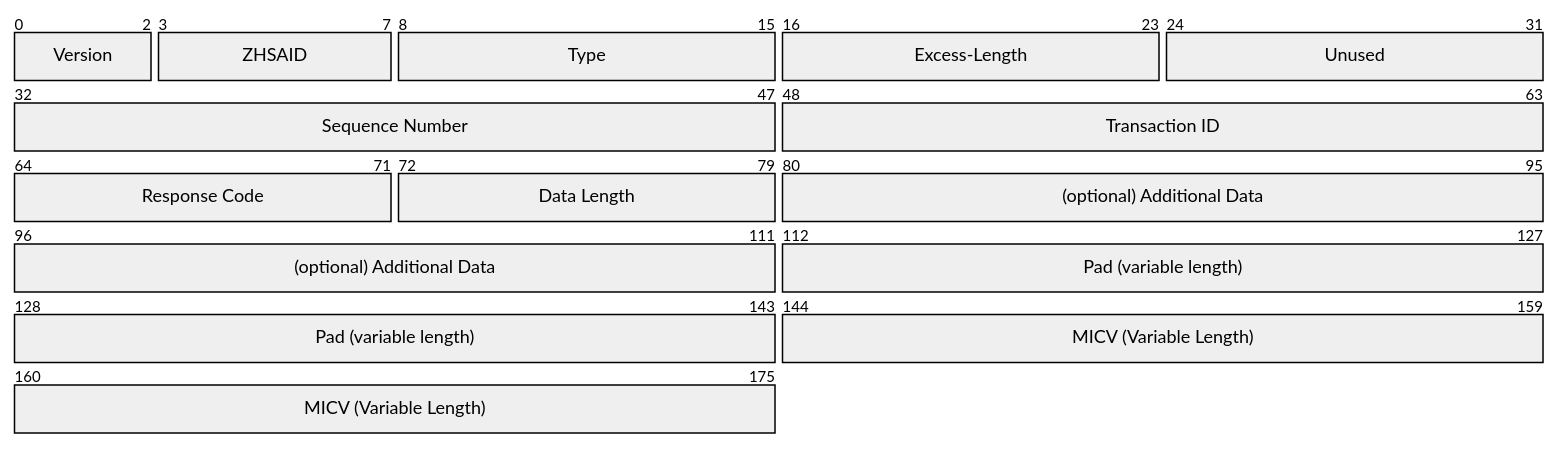
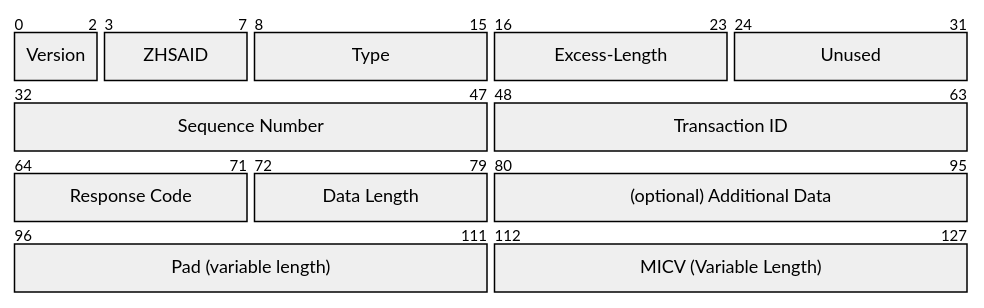
Diagram 14 of 44 in src/17-ZPR-Data-Protocol/body.md (org-zpr/zpr-rfcs), drawn with Mermaid before and after one commit. The commit also changed other lines of this file, not shown here.

Commit message:
Make packet diagrams a readable size

````diff
--- a/src/17-ZPR-Data-Protocol/body.md
+++ b/src/17-ZPR-Data-Protocol/body.md
@@ -2542,16 +2570,22 @@
 ``` mermaid
+---
+config:
+  themeCSS: ".packetLabel { font-size: 14px } .packetByte { font-size: 11px }"
+  packet:
+    bitWidth: 20
+---
 %%| fig-cap: ZDP Terminate Response Management Message Data
 packet
 +3: "Version"
 +5: "ZHSAID"
 +8: "Type"
 +8: "Excess-Length"
 +8: "Unused"
 +16: "Sequence Number"
 +16: "Transaction ID"
 +8: "Response Code"
 +8: "Data Length"
-+32: "(optional) Additional Data"
-+32: "Pad (variable length)"
-+32: "MICV (Variable Length)"
++16: "(optional) Additional Data"
++16: "Pad (variable length)"
++16: "MICV (Variable Length)"
 ```
````
